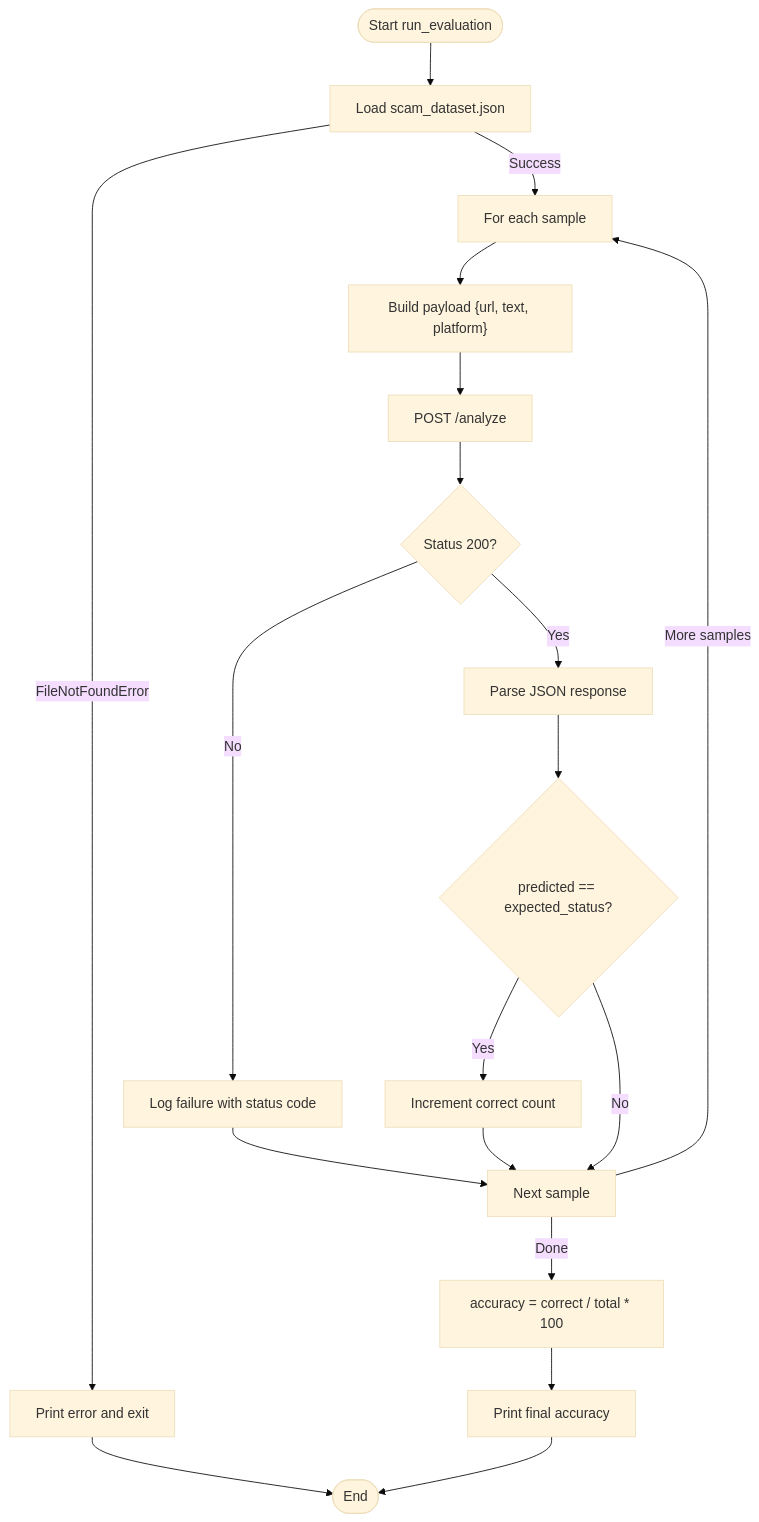
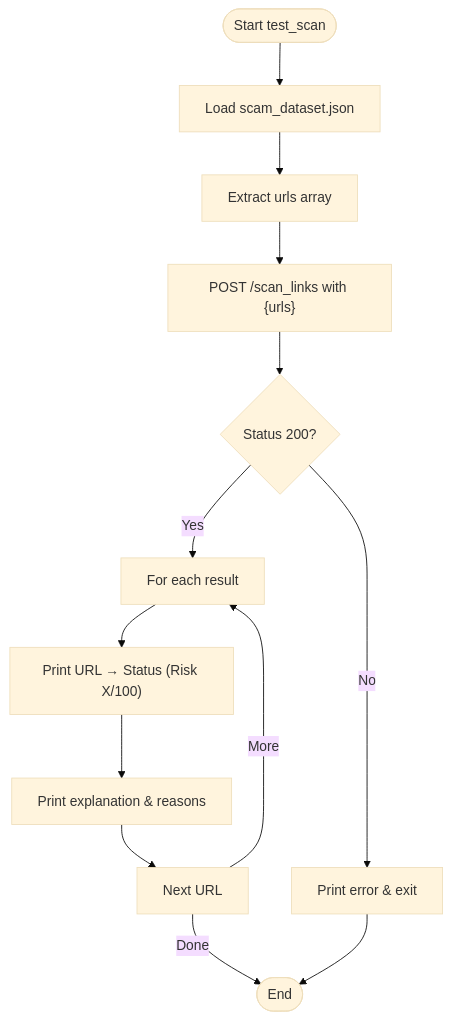
Before and after one commit to Aymanaahh/scrollguard-ai: the fourth of 6 diagrams in .qoder/repowiki/en/content/Evaluation and Testing Framework.md, drawn with Mermaid (base theme). The commit also changed other lines of this file and 36 other files, not shown here.

````diff
--- a/.qoder/repowiki/en/content/Evaluation and Testing Framework.md
+++ b/.qoder/repowiki/en/content/Evaluation and Testing Framework.md
@@ -118,19 +186,15 @@
 ```mermaid
 flowchart TD
-Start(["Start run_evaluation"]) --> Load["Load scam_dataset.json"]
-Load --> |Success| Loop["For each sample"]
-Load --> |FileNotFoundError| ExitErr["Print error and exit"]
-Loop --> BuildPayload["Build payload {url, text, platform}"]
-BuildPayload --> CallAPI["POST /analyze"]
-CallAPI --> StatusOK{"Status 200?"}
-StatusOK --> |No| LogFail["Log failure with status code"] --> Next["Next sample"]
-StatusOK --> |Yes| Parse["Parse JSON response"]
-Parse --> Compare{"predicted == expected_status?"}
-Compare --> |Yes| Incr["Increment correct count"] --> Next
-Compare --> |No| Next
-Next --> |More samples| Loop
-Next --> |Done| Calc["accuracy = correct / total * 100"]
-Calc --> Report["Print final accuracy"]
-ExitErr --> End(["End"])
-Report --> End
+Start(["Start test_scan"]) --> Load["Load scam_dataset.json"]
+Load --> Extract["Extract urls array"]
+Extract --> SimpleReq["POST /scan_links with {urls}"]
+SimpleReq --> StatusOK{"Status 200?"}
+StatusOK --> |No| Error["Print error & exit"]
+StatusOK --> |Yes| Loop["For each result"]
+Loop --> Display["Print URL → Status (Risk X/100)"]
+Display --> Details["Print explanation & reasons"]
+Details --> Next["Next URL"]
+Next --> |More| Loop
+Next --> |Done| End(["End"])
+Error --> End
 ```
````
